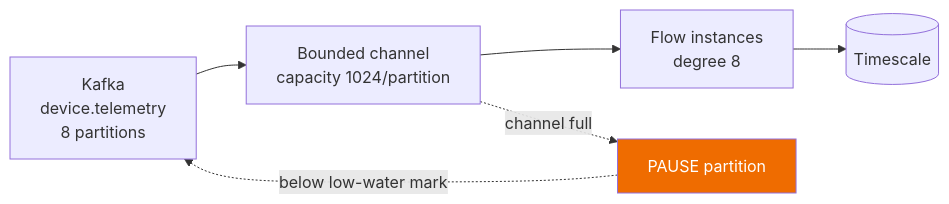
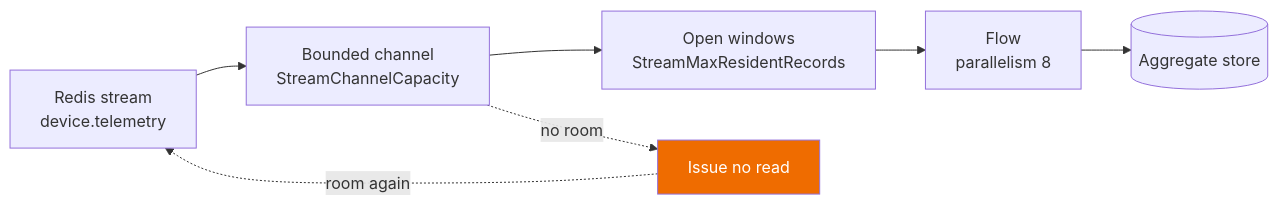
The first of 2 diagrams in samples/realtime-stream/README.md (KhaiTrang1995/NexusFlow), drawn with Mermaid before and after one commit. The commit also changed other lines of this file and 15 other files, not shown here.

First line of the commit message:
feat: the realtime-stream sample windows a Redis stream and bounds its memory

````diff
--- a/samples/realtime-stream/README.md
+++ b/samples/realtime-stream/README.md
@@ -97,9 +104,10 @@
 ```mermaid
 flowchart LR
-    K["Kafka<br/>device.telemetry<br/>8 partitions"] --> CH["Bounded channel<br/>capacity 1024/partition"]
-    CH --> F["Flow instances<br/>degree 8"]
-    F --> DB[("Timescale")]
-    CH -. "channel full" .-> P["PAUSE partition"]
-    P -. "below low-water mark" .-> K
+    R["Redis stream<br/>device.telemetry"] --> CH["Bounded channel<br/>StreamChannelCapacity"]
+    CH --> W["Open windows<br/>StreamMaxResidentRecords"]
+    W --> F["Flow<br/>parallelism 8"]
+    F --> DB[("Aggregate store")]
+    CH -. "no room" .-> P["Issue no read"]
+    P -. "room again" .-> R
     style P fill:#ef6c00,color:#fff
 ```
````
